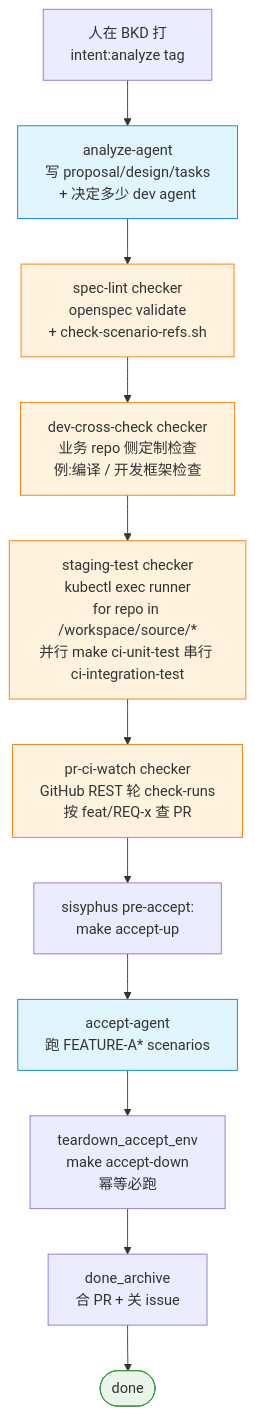
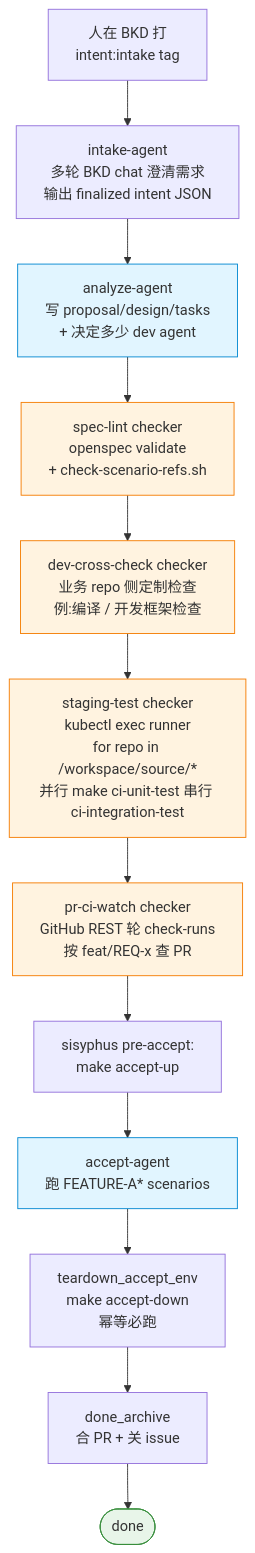
The first of 4 diagrams in docs/architecture.md (phona/sisyphus), drawn with Mermaid before and after one commit. The commit also changed other lines of this file and 16 other files, not shown here.

````diff
--- a/docs/architecture.md
+++ b/docs/architecture.md
@@ -43,24 +47,25 @@
 ```mermaid
 flowchart TD
-    Human[人在 BKD 打<br/>intent:analyze tag]
+    Human[人在 BKD 打<br/>intent:intake tag]
+    Intake[intake-agent<br/>多轮 BKD chat 澄清需求<br/>输出 finalized intent JSON]
     Analyze[analyze-agent<br/>写 proposal/design/tasks<br/>+ 决定多少 dev agent]
     SpecLint[spec-lint checker<br/>openspec validate<br/>+ check-scenario-refs.sh]
     DevCheck[dev-cross-check checker<br/>业务 repo 侧定制检查<br/>例:编译 / 开发框架检查]
     Staging[staging-test checker<br/>kubectl exec runner<br/>for repo in /workspace/source/*<br/>并行 make ci-unit-test 串行 ci-integration-test]
     PRCI[pr-ci-watch checker<br/>GitHub REST 轮 check-runs<br/>按 feat/REQ-x 查 PR]
     EnvUp[sisyphus pre-accept:<br/>make accept-up]
     Accept[accept-agent<br/>跑 FEATURE-A* scenarios]
     Teardown[teardown_accept_env<br/>make accept-down<br/>幂等必跑]
     Archive[done_archive<br/>合 PR + 关 issue]
     Done([done])
 
-    Human --> Analyze --> SpecLint --> DevCheck --> Staging --> PRCI --> EnvUp --> Accept --> Teardown --> Archive --> Done
+    Human --> Intake --> Analyze --> SpecLint --> DevCheck --> Staging --> PRCI --> EnvUp --> Accept --> Teardown --> Archive --> Done
 
     classDef agent fill:#e1f5ff,stroke:#0288d1
     classDef checker fill:#fff3e0,stroke:#f57c00
     classDef terminal fill:#e8f5e9,stroke:#388e3c
 
     class Analyze,Accept agent
     class SpecLint,DevCheck,Staging,PRCI checker
     class Done terminal
 ```
````
